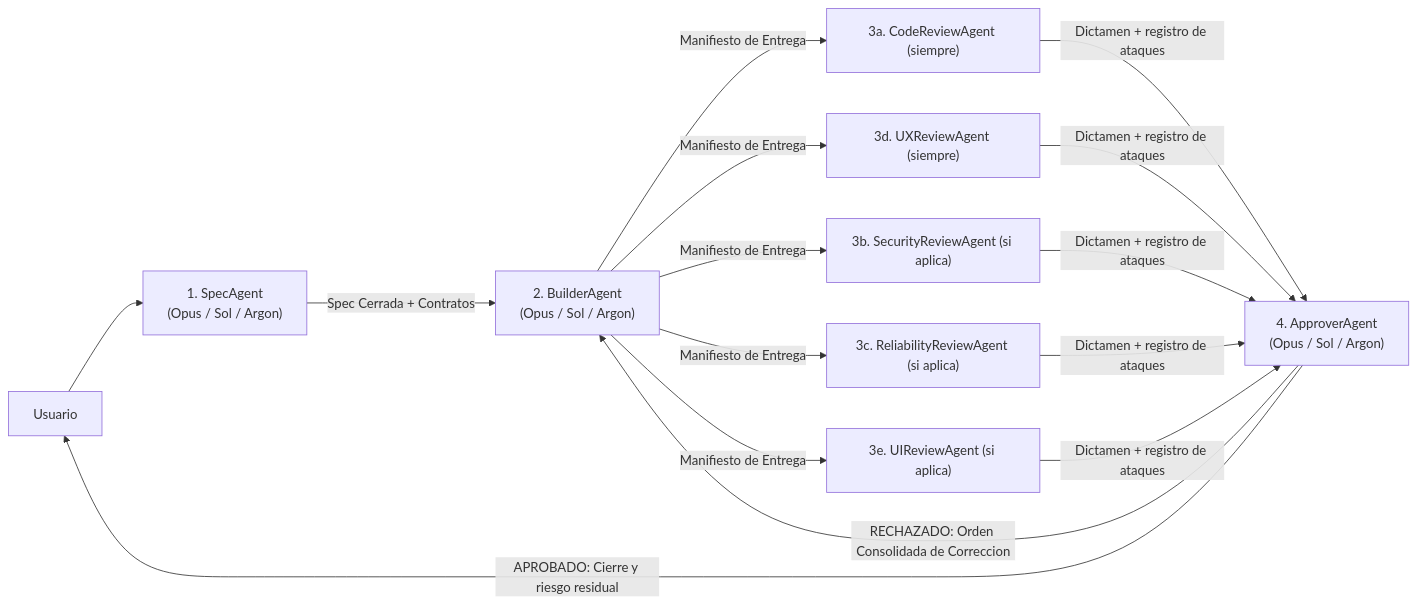
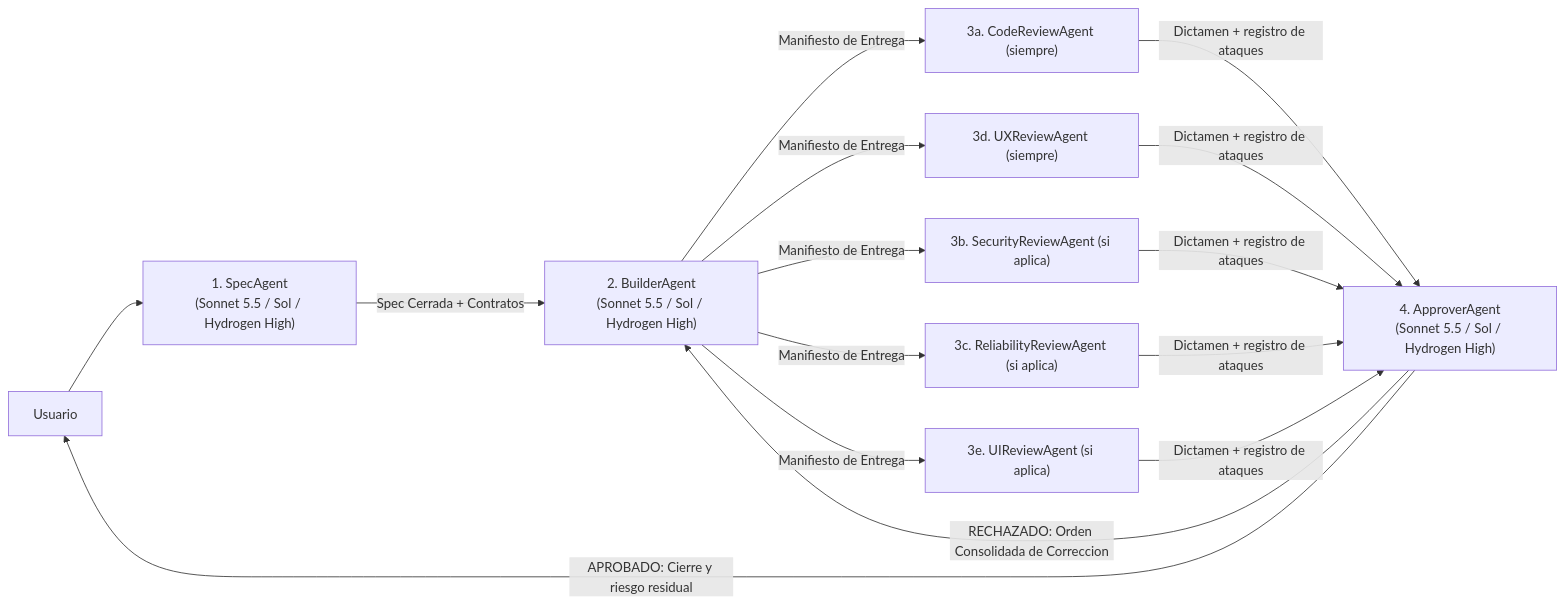
One commit to Decav/JefeProyectos changed the diagram in agents/SpecAgent.md. Above: the diagram before and after it, drawn with Mermaid. The commit also changed other lines of this file and 13 other files, not shown here.

Commit message:
Update SDD agent max-tier models to Hydrogen High and Claude Sonnet 5.5

````diff
--- a/agents/SpecAgent.md
+++ b/agents/SpecAgent.md
@@ -155,17 +155,17 @@
 ```mermaid
 flowchart LR
-    U["Usuario"] --> SA["1. SpecAgent\n(Opus / Sol / Argon)"]
-    SA -- "Spec Cerrada + Contratos" --> BA["2. BuilderAgent\n(Opus / Sol / Argon)"]
+    U["Usuario"] --> SA["1. SpecAgent\n(Sonnet 5.5 / Sol / Hydrogen High)"]
+    SA -- "Spec Cerrada + Contratos" --> BA["2. BuilderAgent\n(Sonnet 5.5 / Sol / Hydrogen High)"]
     BA -- "Manifiesto de Entrega" --> CR["3a. CodeReviewAgent (siempre)"]
     BA -- "Manifiesto de Entrega" --> UXR["3d. UXReviewAgent (siempre)"]
     BA -- "Manifiesto de Entrega" --> SEC["3b. SecurityReviewAgent (si aplica)"]
     BA -- "Manifiesto de Entrega" --> REL["3c. ReliabilityReviewAgent (si aplica)"]
     BA -- "Manifiesto de Entrega" --> UIR["3e. UIReviewAgent (si aplica)"]
-    CR -- "Dictamen + registro de ataques" --> AP["4. ApproverAgent\n(Opus / Sol / Argon)"]
+    CR -- "Dictamen + registro de ataques" --> AP["4. ApproverAgent\n(Sonnet 5.5 / Sol / Hydrogen High)"]
     UXR -- "Dictamen + registro de ataques" --> AP
     SEC -- "Dictamen + registro de ataques" --> AP
     REL -- "Dictamen + registro de ataques" --> AP
     UIR -- "Dictamen + registro de ataques" --> AP
     AP -- "RECHAZADO: Orden Consolidada de Correccion" --> BA
     AP -- "APROBADO: Cierre y riesgo residual" --> U
 ```
````
